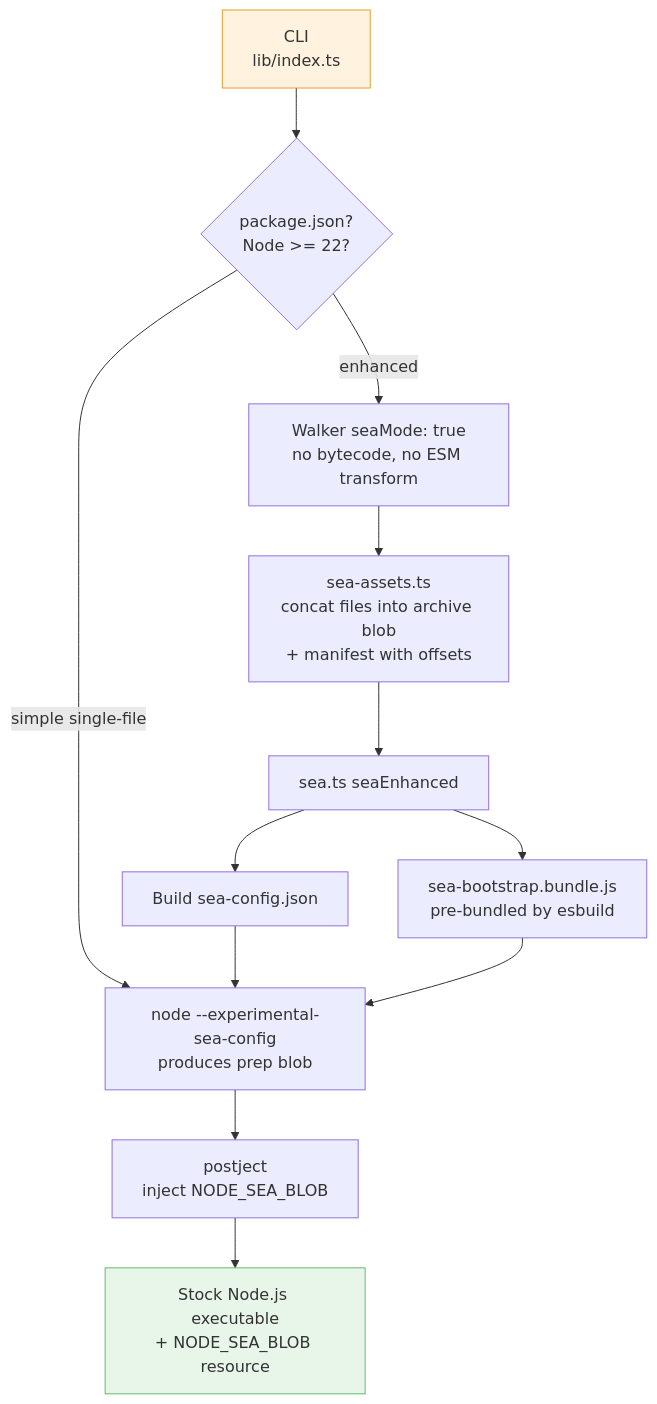
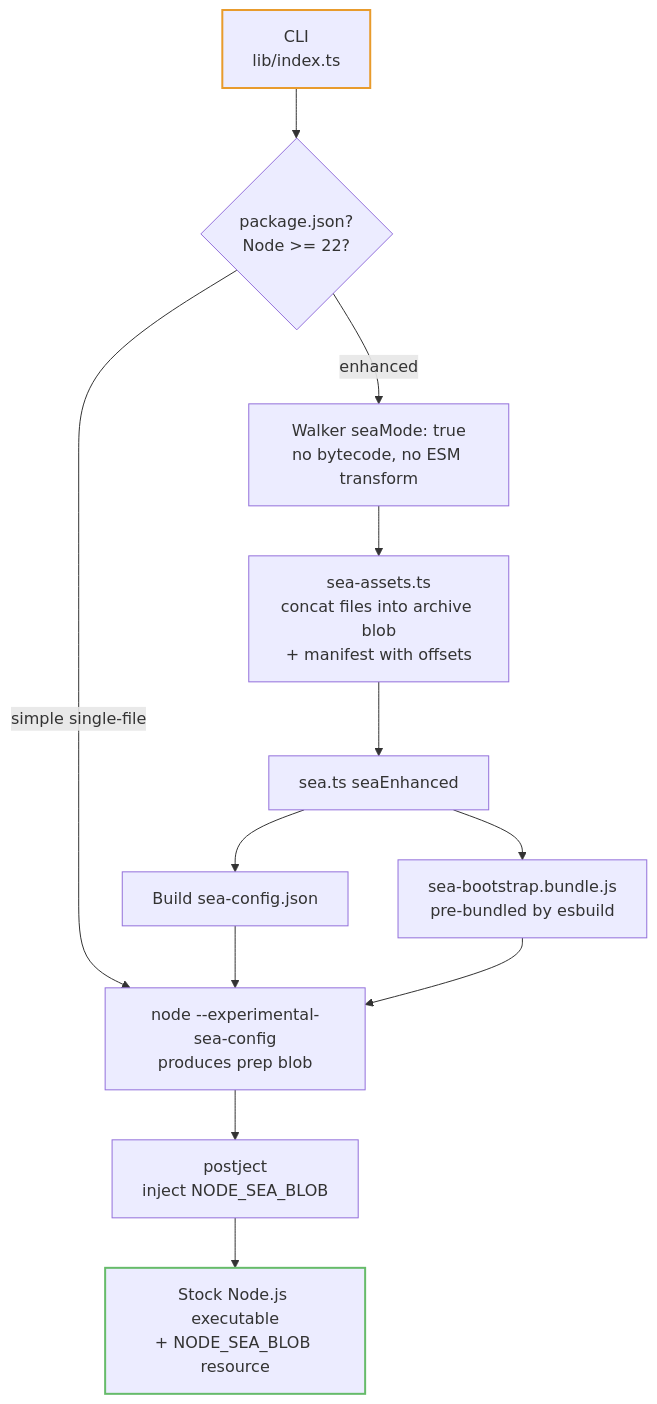
The third of 4 diagrams in docs-site/architecture.md (yao-pkg/pkg), drawn with Mermaid before and after one commit. The commit also changed other lines of this file and 5 other files, not shown here.

Commit message:
docs: update mermaid diagram styles for better readability and adjust SEA mode documentation

````diff
--- a/docs-site/architecture.md
+++ b/docs-site/architecture.md
@@ -210,24 +203,24 @@
 ```mermaid
 flowchart TD
     CLI[CLI<br/>lib/index.ts]
     DETECT{package.json?<br/>Node >= 22?}
     WALK[Walker seaMode: true<br/>no bytecode, no ESM transform]
     ASSETS[sea-assets.ts<br/>concat files into archive blob<br/>+ manifest with offsets]
     SEA[sea.ts seaEnhanced]
     CONFIG[Build sea-config.json]
     BOOT[sea-bootstrap.bundle.js<br/>pre-bundled by esbuild]
     BLOB[node --experimental-sea-config<br/>produces prep blob]
     INJ[postject<br/>inject NODE_SEA_BLOB]
     OUT[Stock Node.js executable<br/>+ NODE_SEA_BLOB resource]
 
     CLI --> DETECT
     DETECT -- enhanced --> WALK
     DETECT -- simple single-file --> BLOB
     WALK --> ASSETS --> SEA
     SEA --> CONFIG --> BLOB
     SEA --> BOOT --> BLOB
     BLOB --> INJ --> OUT
 
-    style CLI fill:#fff3e0,stroke:#e89b2c
-    style OUT fill:#e8f5e9,stroke:#66bb6a
+    style CLI stroke:#e89b2c,stroke-width:2px
+    style OUT stroke:#66bb6a,stroke-width:2px
 ```
````
